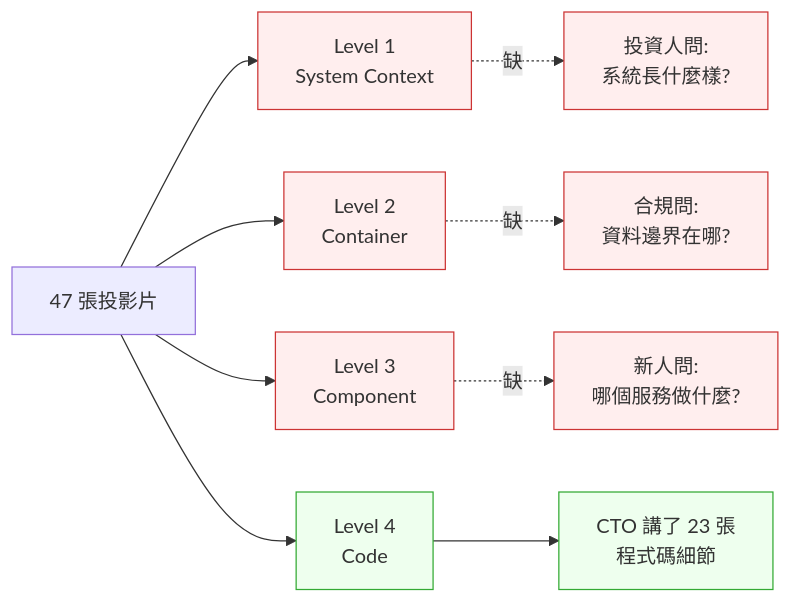
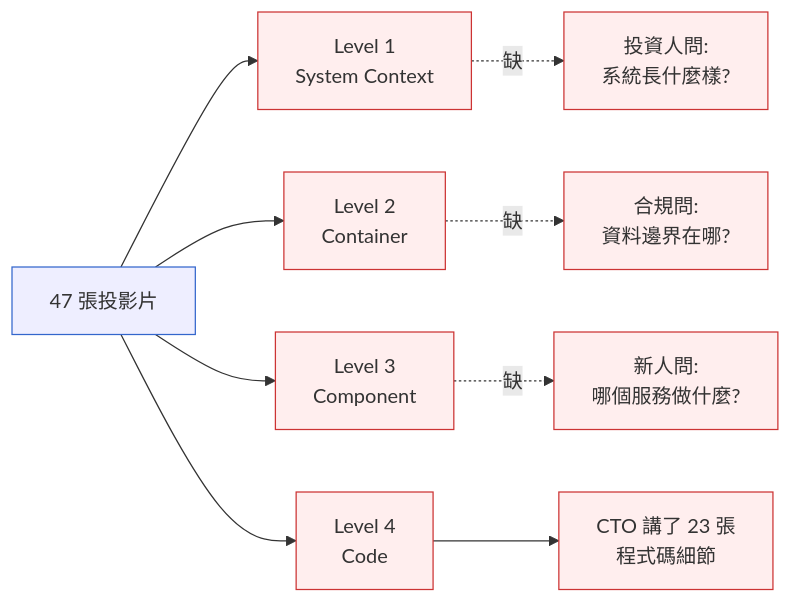
Before and after one commit to EddyKuo/sa-sd-playbook: the first of 2 diagrams in book/part-04-architecture/ch-20-c4-model-visualization.md, drawn with Mermaid. The commit also changed other lines of this file and 26 other files, not shown here.

````diff
--- a/book/part-04-architecture/ch-20-c4-model-visualization.md
+++ b/book/part-04-architecture/ch-20-c4-model-visualization.md
@@ -49,16 +49,18 @@
 ```mermaid
 flowchart LR
     A[47 張投影片] --> B[Level 1<br/>System Context]
     A --> C[Level 2<br/>Container]
     A --> D[Level 3<br/>Component]
     A --> E[Level 4<br/>Code]
     B -.缺.-> X[投資人問:<br/>系統長什麼樣?]
     C -.缺.-> Y[合規問:<br/>資料邊界在哪?]
     D -.缺.-> Z[新人問:<br/>哪個服務做什麼?]
     E --> W[CTO 講了 23 張<br/>程式碼細節]
 
     classDef hot fill:#fee,stroke:#c33
+    classDef cold fill:#eef,stroke:#36c
     classDef goal fill:#efe,stroke:#3a3
     class B,C,D,X,Y,Z hot
-    class E,W goal
+    class A cold
+    class E,W hot
 ```
````
